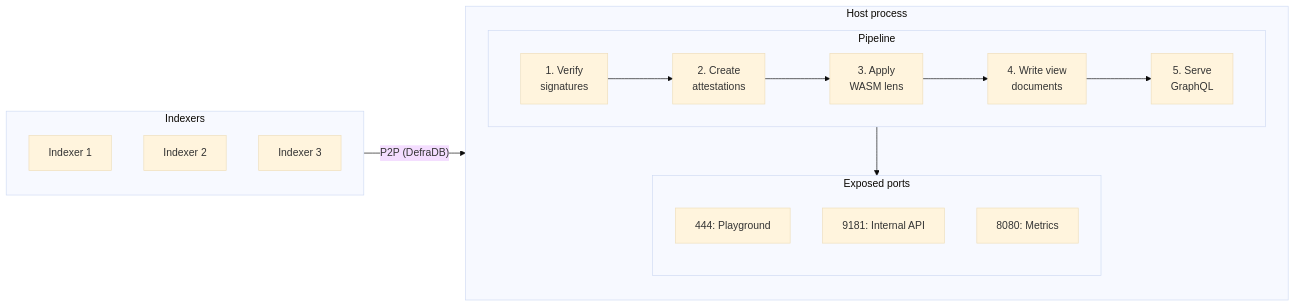
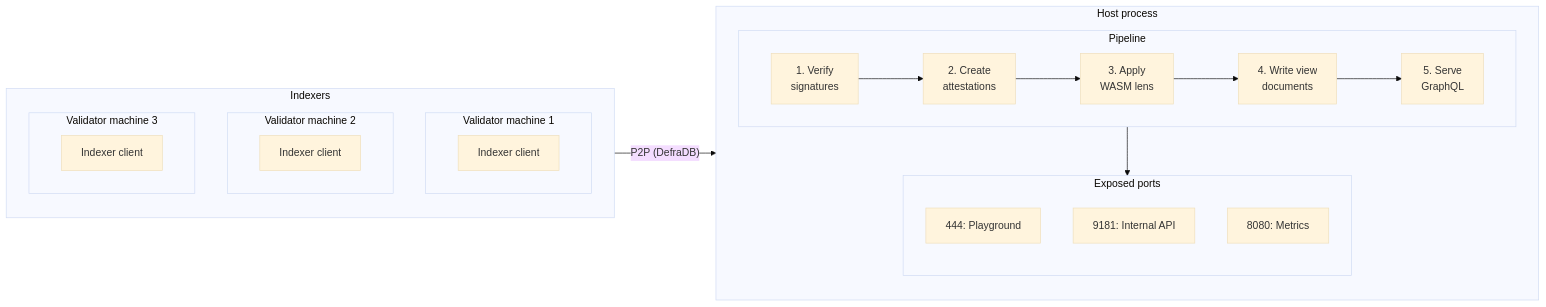
Before and after one commit to shinzonetwork/docs: the first of 3 diagrams in content/reference/components/host-client/index.mdx, drawn with Mermaid (base theme).

Commit message:
Reuses validator-machine subgraph for indexers on host diagram.

````diff
--- a/content/reference/components/host-client/index.mdx
+++ b/content/reference/components/host-client/index.mdx
@@ -11,29 +11,35 @@
 ```mermaid
 flowchart LR
   subgraph Indexers["Indexers"]
     direction TB
-    I1["Indexer 1"]
-    I2["Indexer 2"]
-    I3["Indexer 3"]
+    subgraph VM1["Validator machine 1"]
+      I1["Indexer client"]
+    end
+    subgraph VM2["Validator machine 2"]
+      I2["Indexer client"]
+    end
+    subgraph VM3["Validator machine 3"]
+      I3["Indexer client"]
+    end
   end
 
   subgraph HOST["Host process"]
     direction TB
     subgraph Pipeline["Pipeline"]
       direction LR
       S1["1. Verify<br/>signatures"] --> S2["2. Create<br/>attestations"]
       S2 --> S3["3. Apply<br/>WASM lens"]
       S3 --> S4["4. Write view<br/>documents"]
       S4 --> S5["5. Serve<br/>GraphQL"]
     end
     subgraph Ports["Exposed ports"]
       direction TB
       P444["444: Playground"]
       P9181["9181: Internal API"]
       P8080["8080: Metrics"]
     end
     Pipeline --> Ports
   end
 
   Indexers -- "P2P (DefraDB)" --> HOST
 ```
````
